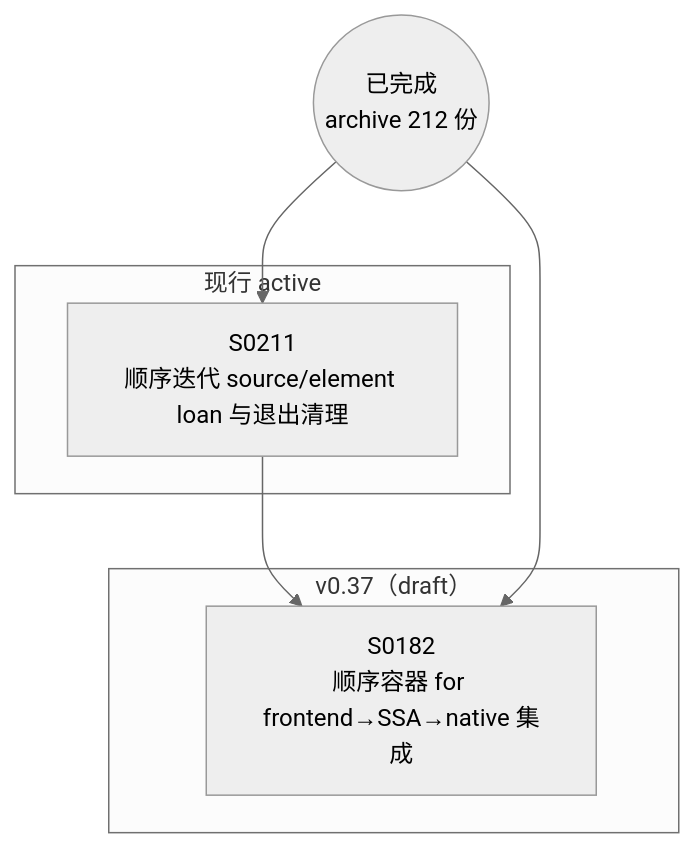
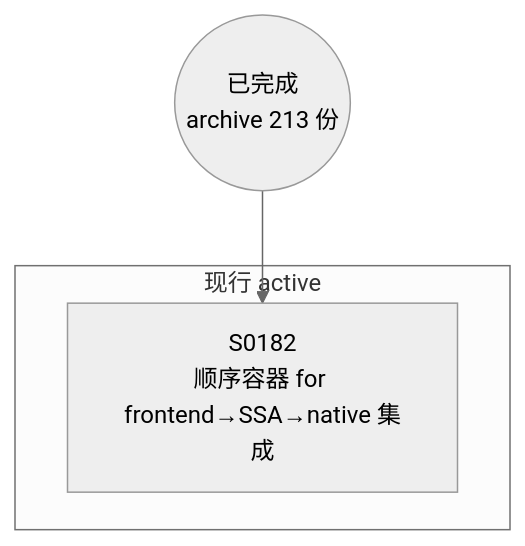
One commit to Halckon/Koven changed the diagram in docs/specs/dependency-graph.md. Above: the diagram before and after it, drawn with Mermaid (neutral theme). The commit also changed other lines of this file and 12 other files, not shown here.

````diff
--- a/docs/specs/dependency-graph.md
+++ b/docs/specs/dependency-graph.md
@@ -9,13 +9,8 @@
 ```mermaid
 flowchart TD
-ARCH(("已完成<br/>archive 212 份"))
+ARCH(("已完成<br/>archive 213 份"))
 subgraph Gactive["现行 active"]
-  S0211["S0211<br/>顺序迭代 source/element loan 与退出清理"]
-end
-subgraph Gdrafts_v037["v0.37（draft）"]
   S0182["S0182<br/>顺序容器 for frontend→SSA→native 集成"]
 end
-S0211 --> S0182
 ARCH --> S0182
-ARCH --> S0211
 ```
````
